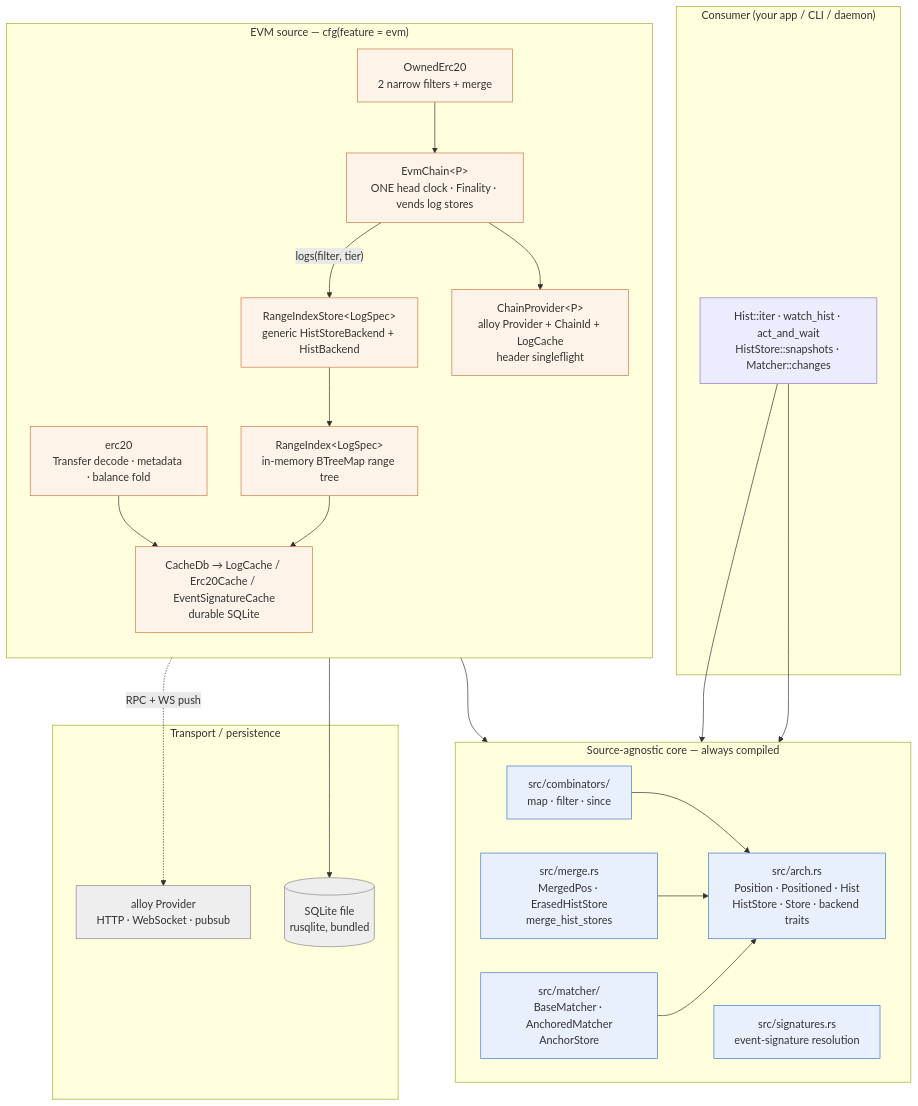
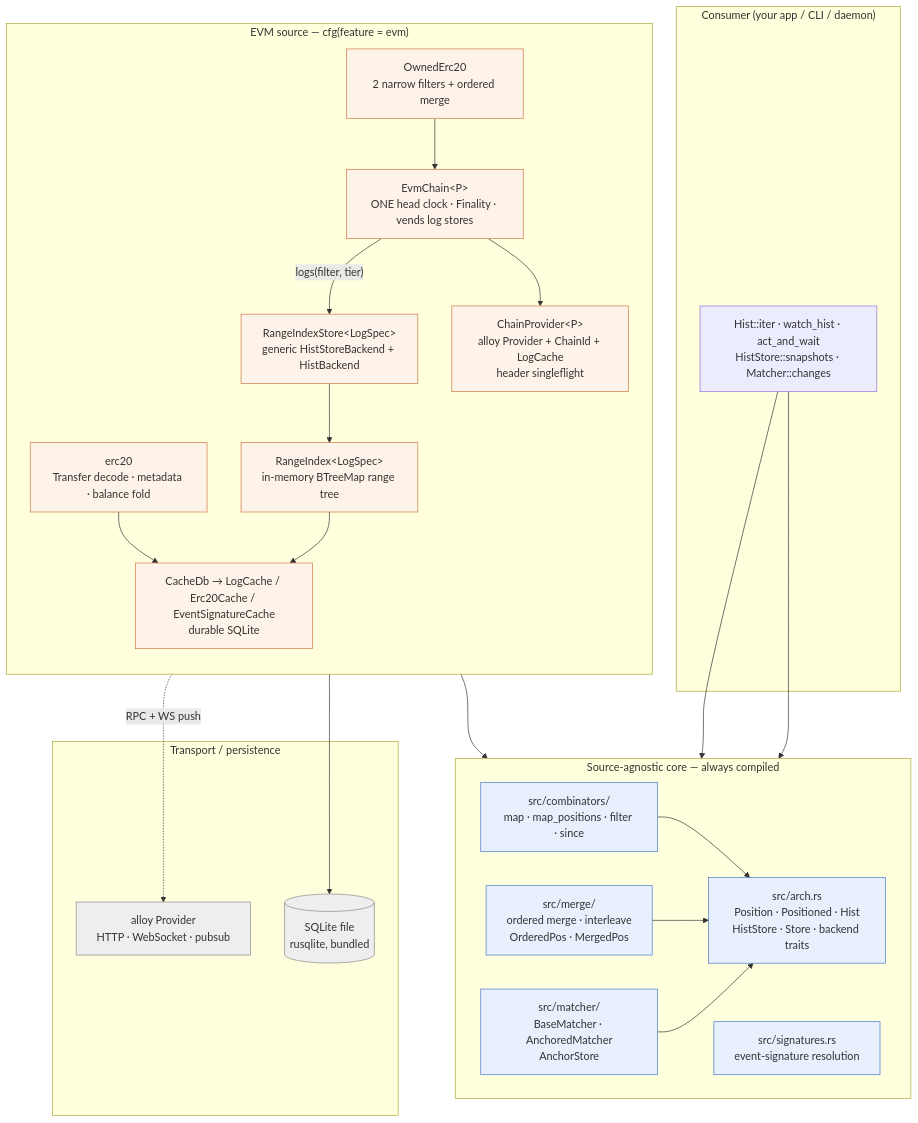
The second of 12 diagrams in docs/ARCHITECTURE.md (nikicat/chainfold), drawn with Mermaid before and after one commit. The commit also changed other lines of this file and 2 other files, not shown here.

First line of the commit message:
docs: align ARCHITECTURE.md + TODO.md + refactor.md with the merge split

````diff
--- a/docs/ARCHITECTURE.md
+++ b/docs/ARCHITECTURE.md
@@ -127,53 +127,53 @@
 ```mermaid
 flowchart TB
     subgraph CONSUMER["Consumer (your app / CLI / daemon)"]
         UserCode["Hist::iter · watch_hist · act_and_wait<br/>HistStore::snapshots · Matcher::changes"]
     end
 
     subgraph CORE["Source-agnostic core — always compiled"]
         direction LR
         arch["src/arch.rs<br/>Position · Positioned · Hist<br/>HistStore · Store · backend traits"]
-        combinators["src/combinators/<br/>map · filter · since"]
-        merge["src/merge.rs<br/>MergedPos · ErasedHistStore<br/>merge_hist_stores"]
+        combinators["src/combinators/<br/>map · map_positions · filter · since"]
+        merge["src/merge/<br/>ordered merge · interleave<br/>OrderedPos · MergedPos"]
         matcher["src/matcher/<br/>BaseMatcher · AnchoredMatcher<br/>AnchorStore"]
         signatures["src/signatures.rs<br/>event-signature resolution"]
     end
 
     subgraph EVM["EVM source — cfg(feature = evm)"]
         direction TB
         EvmChain["EvmChain&lt;P&gt;<br/>ONE head clock · Finality · vends log stores"]
-        OwnedErc20["OwnedErc20<br/>2 narrow filters + merge"]
+        OwnedErc20["OwnedErc20<br/>2 narrow filters + ordered merge"]
         Erc20["erc20<br/>Transfer decode · metadata · balance fold"]
         RIStore["RangeIndexStore&lt;LogSpec&gt;<br/>generic HistStoreBackend + HistBackend"]
         RangeIndex["RangeIndex&lt;LogSpec&gt;<br/>in-memory BTreeMap range tree"]
         Cache["CacheDb → LogCache / Erc20Cache / EventSignatureCache<br/>durable SQLite"]
         ChainProvider["ChainProvider&lt;P&gt;<br/>alloy Provider + ChainId + LogCache<br/>header singleflight"]
     end
 
     subgraph TRANSPORT["Transport / persistence"]
         Alloy["alloy Provider<br/>HTTP · WebSocket · pubsub"]
         SQLite[("SQLite file<br/>rusqlite, bundled")]
     end
 
     UserCode --> arch
     UserCode --> matcher
     combinators --> arch
     merge --> arch
     matcher --> arch
     OwnedErc20 --> merge
     OwnedErc20 --> EvmChain
     Erc20 --> Cache
     EvmChain -- "logs(filter, tier)" --> RIStore
     EvmChain --> ChainProvider
     RIStore --> RangeIndex
     RangeIndex --> Cache
     ChainProvider -.RPC + WS push.-> Alloy
     Cache --> SQLite
 
     classDef core fill:#e8f0fe,stroke:#4477cc
     classDef evm fill:#fef3e8,stroke:#cc7744
     classDef transport fill:#eee,stroke:#888
     class arch,combinators,merge,matcher,signatures core
     class EvmChain,OwnedErc20,Erc20,RIStore,RangeIndex,Cache,ChainProvider evm
     class Alloy,SQLite transport
 ```
````
